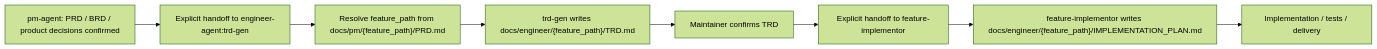
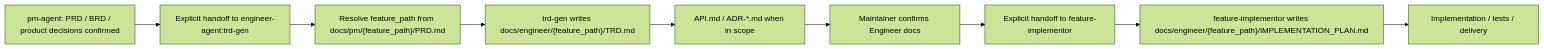
One commit to Neplich/dev-agent-skills changed the diagram in agents/engineer/skills/trd-gen/SKILL.md. Above: the diagram before and after it, drawn with Mermaid (forest theme). The commit also changed other lines of this file and 67 other files, not shown here.

````diff
--- a/agents/engineer/skills/trd-gen/SKILL.md
+++ b/agents/engineer/skills/trd-gen/SKILL.md
@@ -43,10 +51,11 @@
 ```mermaid
 flowchart LR
     PM["pm-agent: PRD / BRD / product decisions confirmed"] --> Handoff["Explicit handoff to engineer-agent:trd-gen"]
     Handoff --> PathGate["Resolve feature_path from docs/pm/{feature_path}/PRD.md"]
     PathGate --> TRD["trd-gen writes docs/engineer/{feature_path}/TRD.md"]
-    TRD --> Review["Maintainer confirms TRD"]
+    TRD --> OptionalDocs["API.md / ADR-*.md when in scope"]
+    OptionalDocs --> Review["Maintainer confirms Engineer docs"]
     Review --> Plan["Explicit handoff to feature-implementor"]
     Plan --> ImplPlan["feature-implementor writes docs/engineer/{feature_path}/IMPLEMENTATION_PLAN.md"]
     ImplPlan --> Code["Implementation / tests / delivery"]
 ```
````
